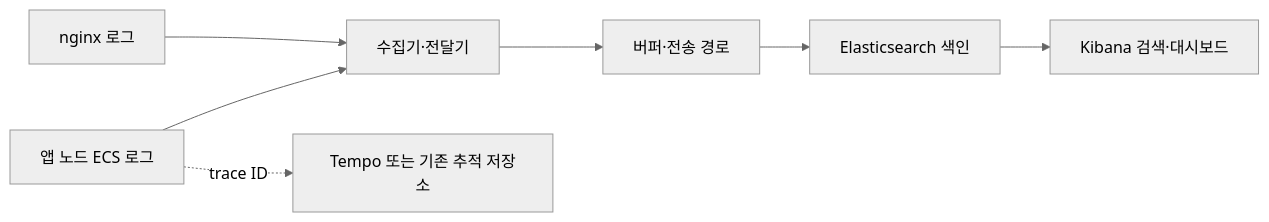
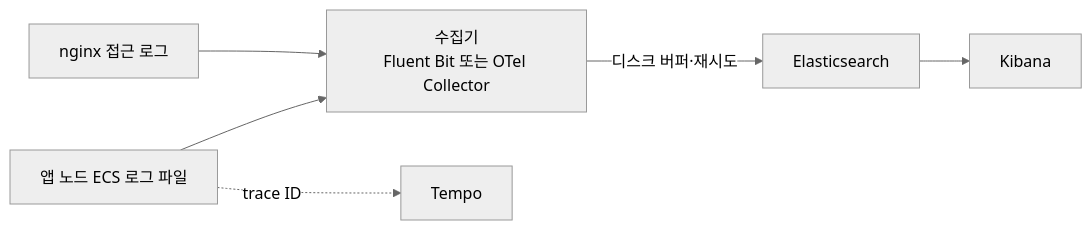
Before and after one commit to juwonlee-dev/event-based-chat: the diagram in docs/design/elk-logging.md, drawn with Mermaid (neutral theme). The commit also changed other lines of this file and 6 other files, not shown here.

````diff
--- a/docs/design/elk-logging.md
+++ b/docs/design/elk-logging.md
@@ -21,9 +33,8 @@
 ```mermaid
 flowchart LR
- A[앱 노드 ECS 로그] --> C[수집기·전달기]
- N[nginx 로그] --> C
- C --> B[버퍼·전송 경로]
- B --> E[Elasticsearch 색인]
- E --> K[Kibana 검색·대시보드]
- A -. trace ID .-> T[Tempo 또는 기존 추적 저장소]
+ A[앱 노드 ECS 로그 파일] --> C[수집기<br/>Fluent Bit 또는 OTel Collector]
+ N[nginx 접근 로그] --> C
+ C -->|디스크 버퍼·재시도| E[Elasticsearch]
+ E --> K[Kibana]
+ A -. trace ID .-> T[Tempo]
 ```
````
